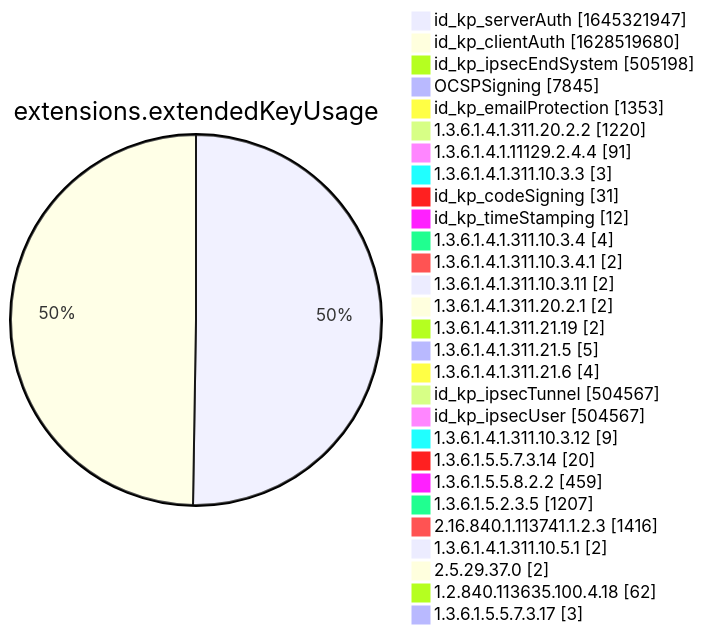
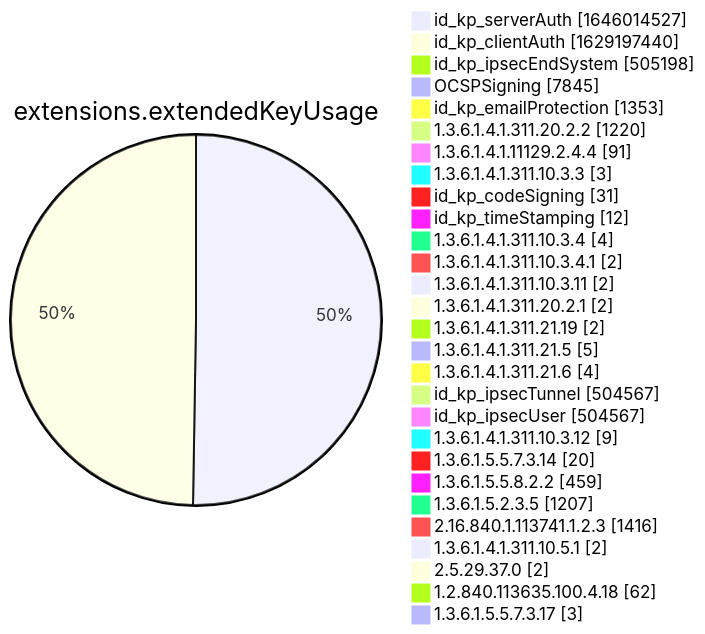
Before and after one commit to christiankrug/ctmonitor_visualization: diagram 12 of 15 in xenon2022/README.md, drawn with Mermaid. The commit also changed other lines of this file, not shown here.

````diff
--- a/xenon2022/README.md
+++ b/xenon2022/README.md
@@ -3886,32 +3886,32 @@
 ```mermaid
 pie showData
 title extensions.extendedKeyUsage
-"id_kp_serverAuth" :1645321947
-"id_kp_clientAuth" :1628519680
+"id_kp_serverAuth" :1646014527
+"id_kp_clientAuth" :1629197440
 "id_kp_ipsecEndSystem" :505198
 "OCSPSigning" :7845
 "id_kp_emailProtection" :1353
 "1.3.6.1.4.1.311.20.2.2" :1220
 "1.3.6.1.4.1.11129.2.4.4" :91
 "1.3.6.1.4.1.311.10.3.3" :3
 "id_kp_codeSigning" :31
 "id_kp_timeStamping" :12
 "1.3.6.1.4.1.311.10.3.4" :4
 "1.3.6.1.4.1.311.10.3.4.1" :2
 "1.3.6.1.4.1.311.10.3.11" :2
 "1.3.6.1.4.1.311.20.2.1" :2
 "1.3.6.1.4.1.311.21.19" :2
 "1.3.6.1.4.1.311.21.5" :5
 "1.3.6.1.4.1.311.21.6" :4
 "id_kp_ipsecTunnel" :504567
 "id_kp_ipsecUser" :504567
 "1.3.6.1.4.1.311.10.3.12" :9
 "1.3.6.1.5.5.7.3.14" :20
 "1.3.6.1.5.5.8.2.2" :459
 "1.3.6.1.5.2.3.5" :1207
 "2.16.840.1.113741.1.2.3" :1416
 "1.3.6.1.4.1.311.10.5.1" :2
 "2.5.29.37.0" :2
 "1.2.840.113635.100.4.18" :62
 "1.3.6.1.5.5.7.3.17" :3
 ```
````
